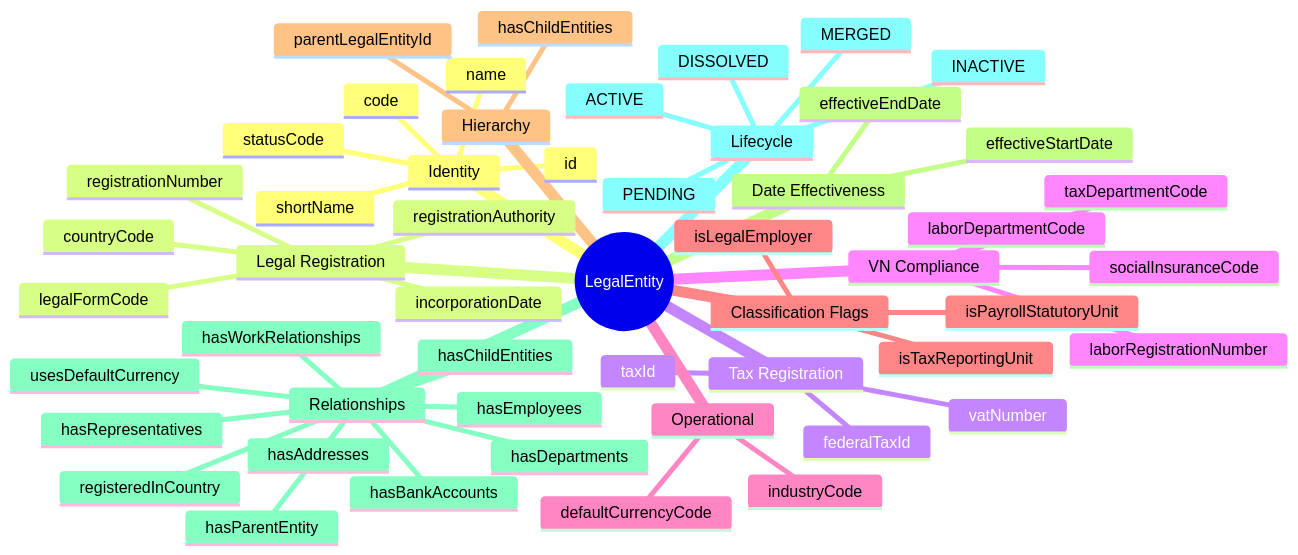
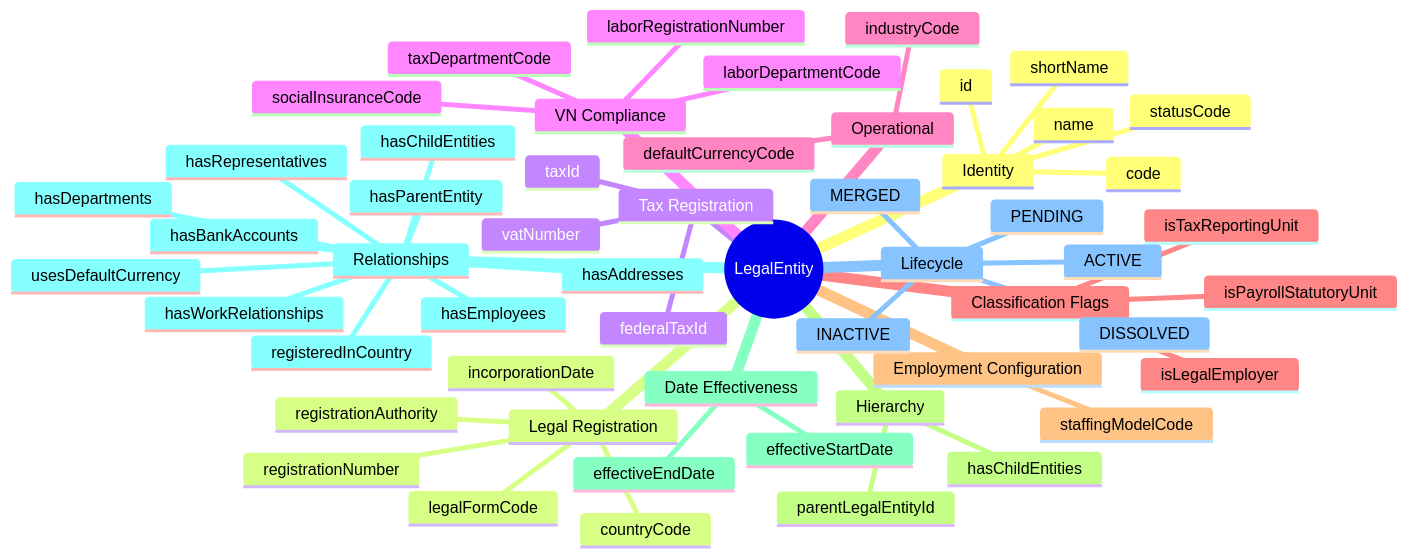
The first of 3 diagrams in docs/01-modules/CO/00-new/02.ontology/org/LegalEntity.onto.md (a4b-corporation/xTalent), drawn with Mermaid before and after one commit. The commit also changed other lines of this file and 11 other files, not shown here.

````diff
--- a/docs/01-modules/CO/00-new/02.ontology/org/LegalEntity.onto.md
+++ b/docs/01-modules/CO/00-new/02.ontology/org/LegalEntity.onto.md
@@ -404,55 +419,57 @@
 ```mermaid
 mindmap
   root((LegalEntity))
     Identity
       id
       code
       name
       shortName
       statusCode
     Legal Registration
       countryCode
       legalFormCode
       registrationNumber
       incorporationDate
       registrationAuthority
     Tax Registration
       taxId
       federalTaxId
       vatNumber
     VN Compliance
       socialInsuranceCode
       laborRegistrationNumber
       laborDepartmentCode
       taxDepartmentCode
     Operational
       defaultCurrencyCode
       industryCode
     Classification Flags
       isLegalEmployer
       isPayrollStatutoryUnit
       isTaxReportingUnit
+    Employment Configuration
+      staffingModelCode
     Hierarchy
       parentLegalEntityId
       hasChildEntities
     Date Effectiveness
       effectiveStartDate
       effectiveEndDate
     Relationships
       registeredInCountry
       usesDefaultCurrency
       hasParentEntity
       hasChildEntities
       hasEmployees
       hasWorkRelationships
       hasDepartments
       hasAddresses
       hasBankAccounts
       hasRepresentatives
     Lifecycle
       PENDING
       ACTIVE
       INACTIVE
       DISSOLVED
       MERGED
 ```
````
